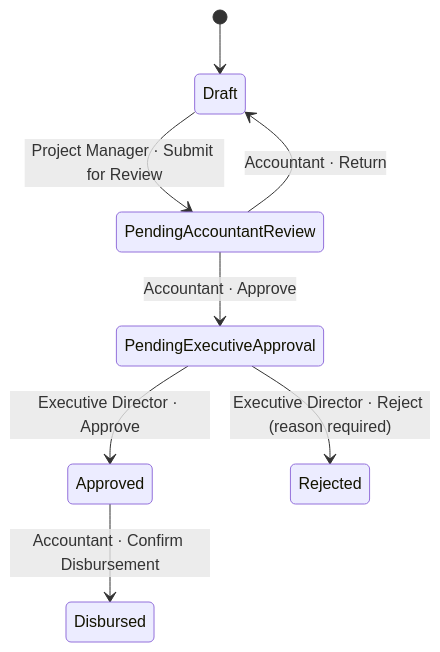
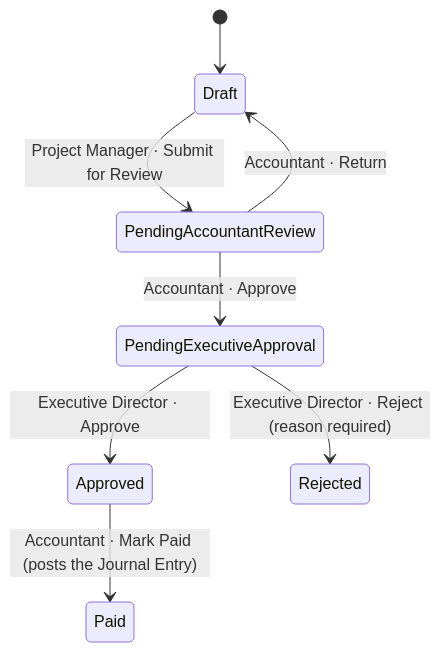
One commit to hiiffaa1243-tech/ataa-hub changed the diagram in README.md. Above: the diagram before and after it, drawn with Mermaid. The commit also changed other lines of this file and 10 other files, not shown here.

````diff
--- a/README.md
+++ b/README.md
@@ -33,10 +36,10 @@
 ```mermaid
 stateDiagram-v2
     [*] --> Draft
     Draft --> PendingAccountantReview: Project Manager · Submit for Review
     PendingAccountantReview --> Draft: Accountant · Return
     PendingAccountantReview --> PendingExecutiveApproval: Accountant · Approve
     PendingExecutiveApproval --> Approved: Executive Director · Approve
     PendingExecutiveApproval --> Rejected: Executive Director · Reject (reason required)
-    Approved --> Disbursed: Accountant · Confirm Disbursement
+    Approved --> Paid: Accountant · Mark Paid (posts the Journal Entry)
 ```
````
